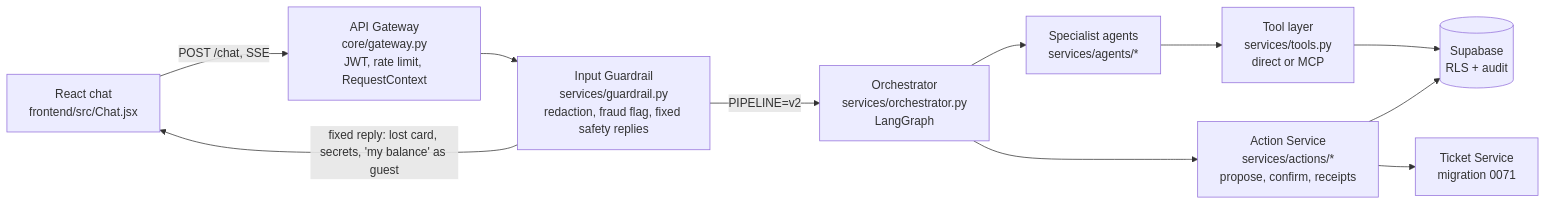
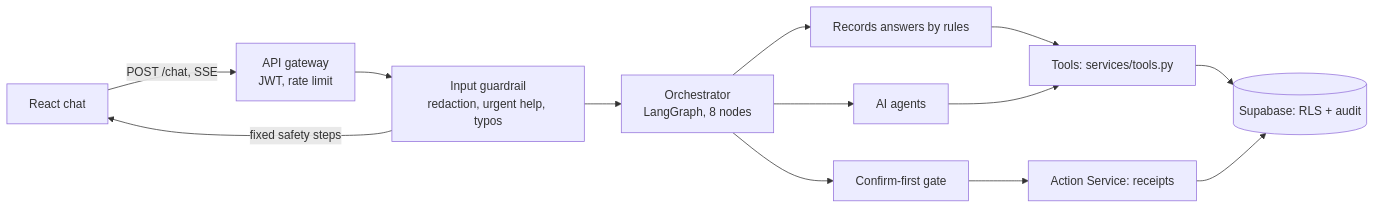
The first of 3 diagrams in docs/how-agents-run.md (deniseLie/IS4000_Group7), drawn with Mermaid before and after one commit. The commit also changed other lines of this file and 9 other files, not shown here.

Commit message:
changes to the architecture based on the refined product backlog and refined the ui

````diff
--- a/docs/how-agents-run.md
+++ b/docs/how-agents-run.md
@@ -7,13 +7,15 @@
 ```mermaid
 flowchart LR
-  UI[React chat<br/>frontend/src/Chat.jsx] -->|POST /chat, SSE| GW[API Gateway<br/>core/gateway.py<br/>JWT, rate limit, RequestContext]
-  GW --> GR[Input Guardrail<br/>services/guardrail.py<br/>redaction, fraud flag, fixed safety replies]
-  GR -->|fixed reply: lost card, secrets, 'my balance' as guest| UI
-  GR -->|PIPELINE=v2| OR[Orchestrator<br/>services/orchestrator.py<br/>LangGraph]
-  OR --> AG[Specialist agents<br/>services/agents/*]
-  AG --> TL[Tool layer<br/>services/tools.py<br/>direct or MCP]
-  TL --> DB[(Supabase<br/>RLS + audit)]
-  OR --> AS[Action Service<br/>services/actions/*<br/>propose, confirm, receipts]
+  UI[React chat] -->|POST /chat, SSE| GW[API gateway<br/>JWT, rate limit]
+  GW --> GR[Input guardrail<br/>redaction, urgent help, typos]
+  GR -->|fixed safety steps| UI
+  GR --> OR[Orchestrator<br/>LangGraph, 8 nodes]
+  OR --> RU[Records answers by rules]
+  OR --> AG[AI agents]
+  RU --> TL[Tools: services/tools.py]
+  AG --> TL
+  TL --> DB[(Supabase: RLS + audit)]
+  OR --> GATE[Confirm-first gate]
+  GATE --> AS[Action Service: receipts]
   AS --> DB
-  AS --> TK[Ticket Service<br/>migration 0071]
 ```
````
